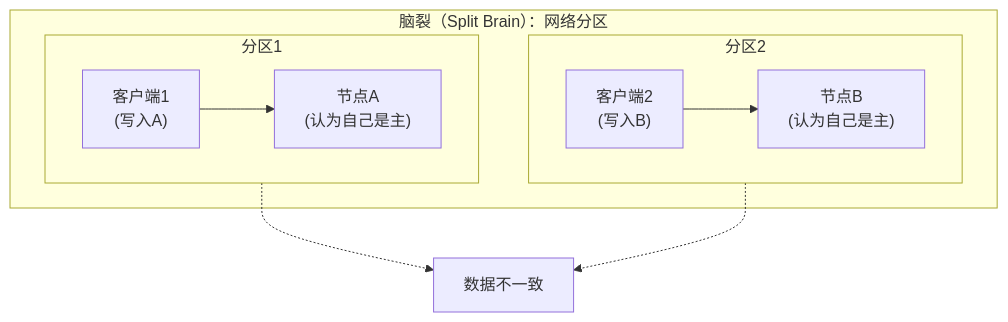
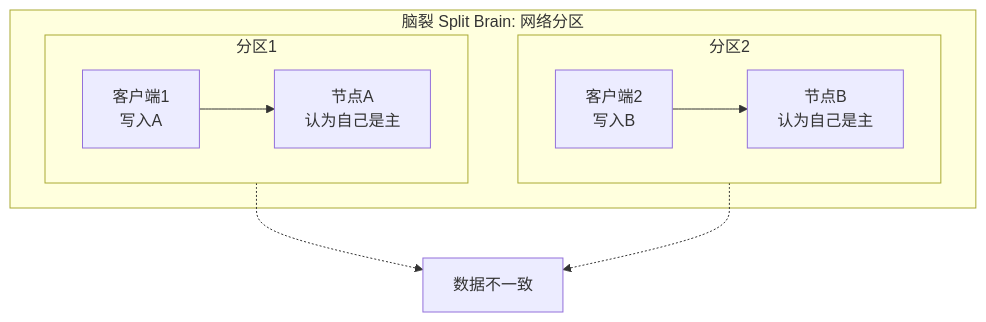
One commit to jpixy/jpixy.github.io changed the diagram in content/articles/sre/sre-36-高可用与故障切换实战.md. Above: the diagram before and after it, drawn with Mermaid. The commit also changed 66 other files, not shown here.

Commit message:
fix: resolve Mermaid syntax errors by removing parentheses in node labels

````diff
--- a/content/articles/sre/sre-36-高可用与故障切换实战.md
+++ b/content/articles/sre/sre-36-高可用与故障切换实战.md
@@ -392,18 +392,18 @@
 ```mermaid
 graph TB
-    subgraph partition["脑裂（Split Brain）：网络分区"]
+    subgraph partition["脑裂 Split Brain: 网络分区"]
         subgraph left["分区1"]
-            A["节点A<br/>(认为自己是主)"]
-            C1["客户端1<br/>(写入A)"]
+            A["节点A<br/>认为自己是主"]
+            C1["客户端1<br/>写入A"]
             C1 --> A
         end
         subgraph right["分区2"]
-            B["节点B<br/>(认为自己是主)"]
-            C2["客户端2<br/>(写入B)"]
+            B["节点B<br/>认为自己是主"]
+            C2["客户端2<br/>写入B"]
             C2 --> B
         end
     end
     Result["数据不一致"]
     left -.-> Result
     right -.-> Result
 ```
````
